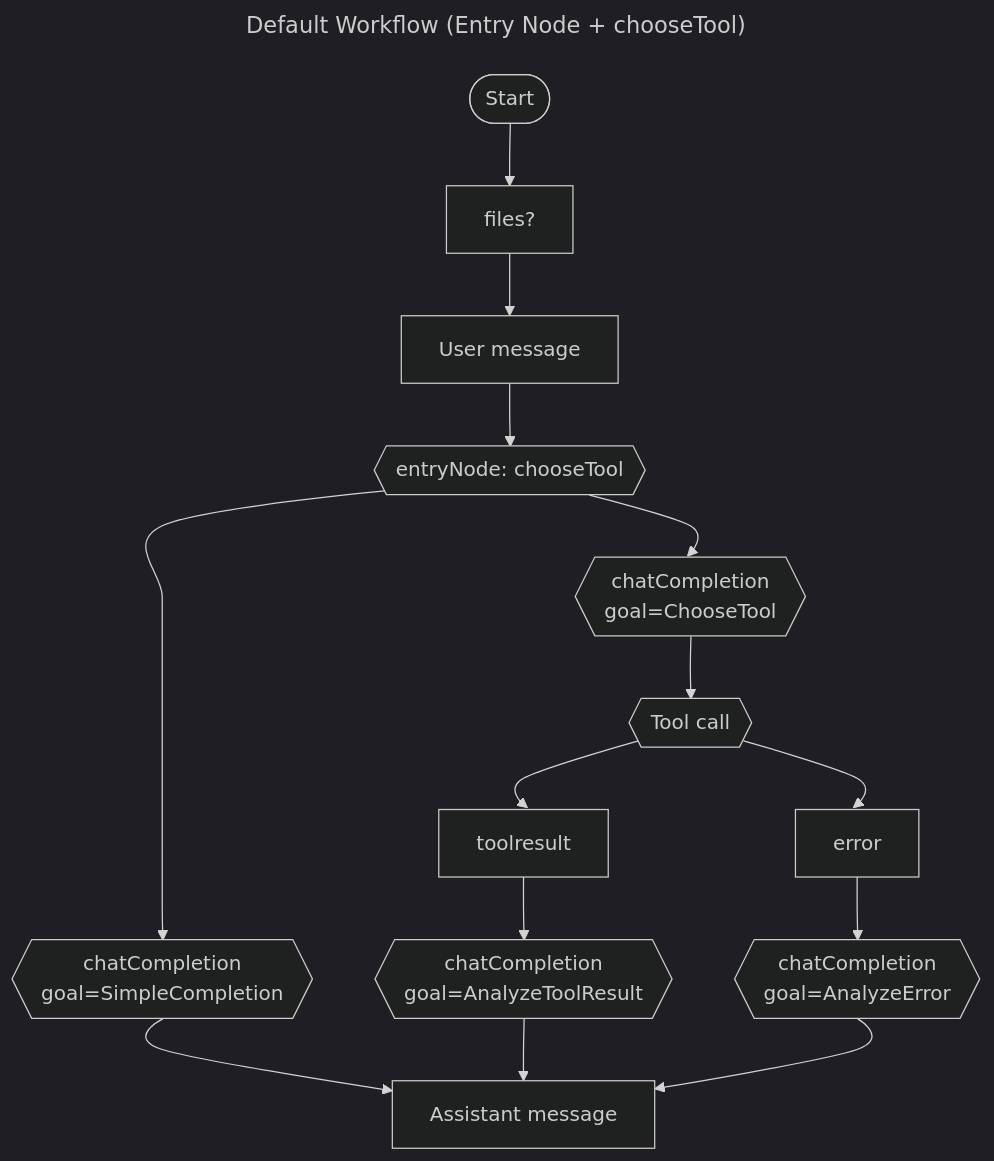
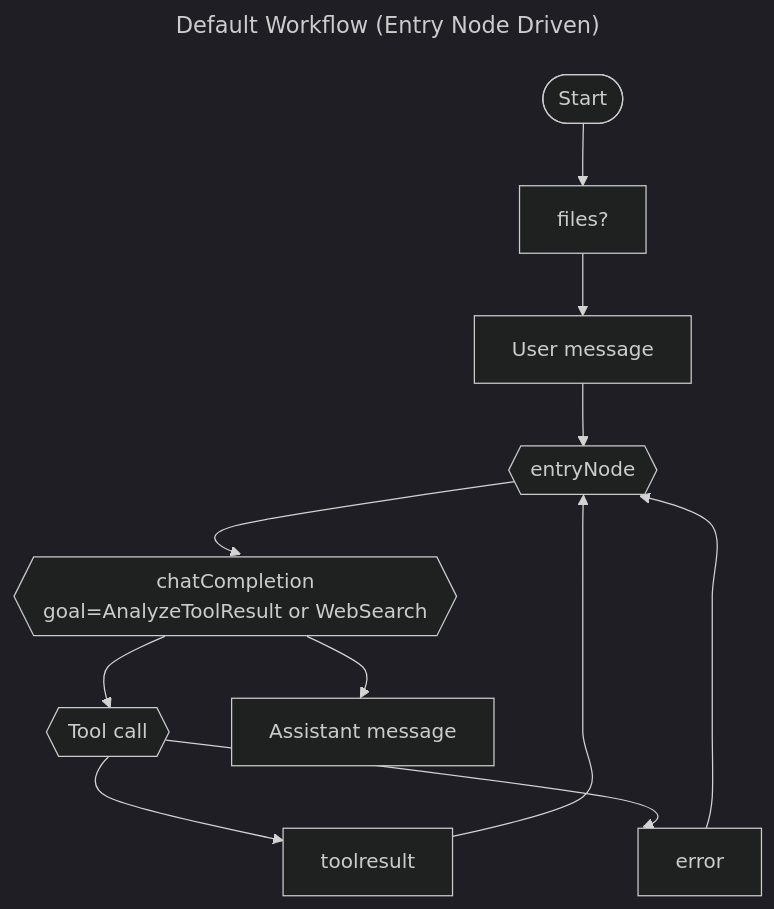
Before and after one commit to Xyntopia/taskyon: the second of 3 diagrams in public/docs/conversations/taskyon_description.md, drawn with Mermaid (dark theme). The commit also changed other lines of this file and 26 other files, not shown here.

Commit message:
refactor chatcompetion and entry node

````diff
--- a/public/docs/conversations/taskyon_description.md
+++ b/public/docs/conversations/taskyon_description.md
@@ -81,24 +82,20 @@
 ```mermaid
 ---
-title: Default Workflow (Entry Node + chooseTool)
+title: Default Workflow (Entry Node Driven)
 ---
 %%{init: { "flowchart": { "curve": "cardinal", "wrappingWidth": 420 } } }%%
 flowchart TD
   S([Start]) --> Files[files?]
   Files --> U[User message]
-  U --> Entry{{entryNode: chooseTool}}
+  U --> Entry{{entryNode}}
 
-  Entry --> CTsimple{{chatCompletion<br/>goal=SimpleCompletion}}
-  Entry --> CTpick{{chatCompletion<br/>goal=ChooseTool}}
+  Entry --> CT{{chatCompletion<br/>goal=AnalyzeToolResult or WebSearch}}
+  CT --> ToolCall{{Tool call}}
+  ToolCall --> ToolResult[toolresult]
+  ToolResult --> Entry
 
-  CTpick --> ToolCall{{Tool call}}
-  ToolCall --> ToolResult[toolresult]
-  ToolResult --> CTanalysis{{chatCompletion<br/>goal=AnalyzeToolResult}}
-
-  CTsimple --> A[Assistant message]
-  CTanalysis --> A
+  CT --> A[Assistant message]
 
   ToolCall --> Error[error]
-  Error --> CTerror{{chatCompletion<br/>goal=AnalyzeError}}
-  CTerror --> A
+  Error --> Entry
 ```
````
